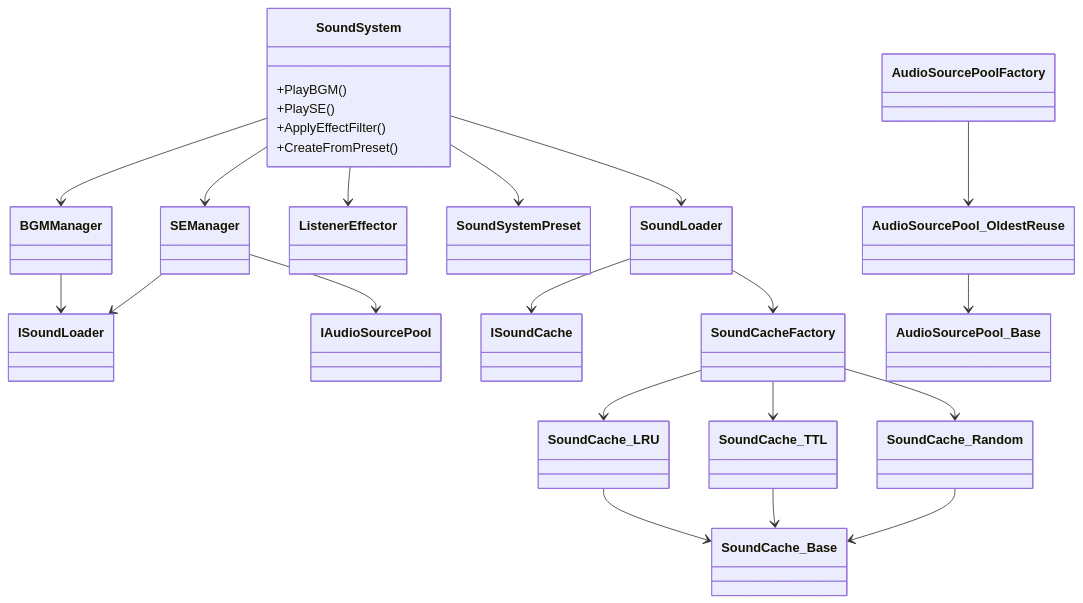
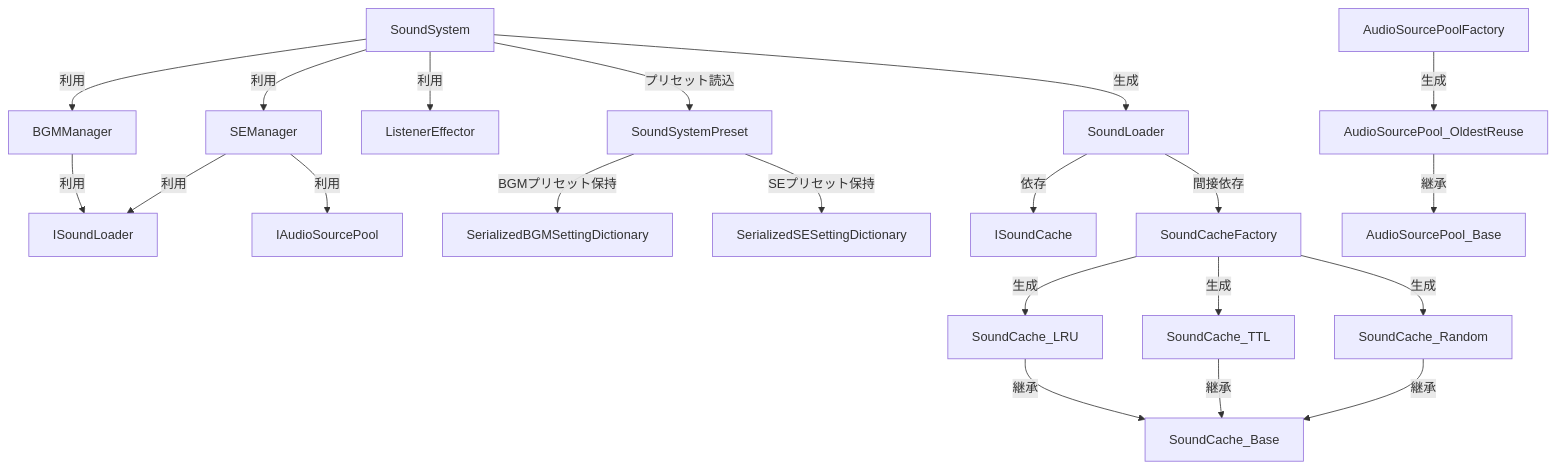
One commit to SunagimoOisii/SoundSystemPlugin_ForUnity_Public changed the diagram in README.md. Above: the diagram before and after it, drawn with Mermaid.

````diff
--- a/README.md
+++ b/README.md
@@ -22,45 +22,55 @@
 ```mermaid
-classDiagram
-    class SoundSystem {
-        +PlayBGM()
-        +PlaySE()
-        +ApplyEffectFilter()
-        +CreateFromPreset()
-    }
+graph
 
-    class BGMManager
-    class SEManager
-    class ListenerEffector
-    class ISoundLoader
-    class SoundLoader
-    class ISoundCache
-    class SoundCache_Base
-    class SoundCache_LRU
-    class SoundCache_TTL
-    class SoundCache_Random
-    class SoundCacheFactory
-    class IAudioSourcePool
-    class AudioSourcePool_Base
-    class AudioSourcePool_OldestReuse
-    class AudioSourcePoolFactory
-    class SoundSystemPreset
+%% 外部公開API
+SoundSystem
+SoundSystemPreset
+SerializedBGMSettingDictionary
+SerializedSESettingDictionary
 
-    SoundSystem --> BGMManager
-    SoundSystem --> SEManager
-    SoundSystem --> ListenerEffector
-    SoundSystem --> SoundSystemPreset
-    SoundSystem --> SoundLoader
-    SoundLoader --> ISoundCache
-    SoundLoader --> SoundCacheFactory
-    BGMManager --> ISoundLoader
-    SEManager --> ISoundLoader
-    SEManager --> IAudioSourcePool
-    SoundCacheFactory --> SoundCache_LRU
-    SoundCacheFactory --> SoundCache_TTL
-    SoundCacheFactory --> SoundCache_Random
-    SoundCache_LRU --> SoundCache_Base
-    SoundCache_TTL --> SoundCache_Base
-    SoundCache_Random --> SoundCache_Base
-    AudioSourcePoolFactory --> AudioSourcePool_OldestReuse
-    AudioSourcePool_OldestReuse --> AudioSourcePool_Base
+%% プレイヤー管理
+BGMManager
+SEManager
+ListenerEffector
+
+%% ローダ・キャッシュ
+ISoundLoader
+SoundLoader
+ISoundCache
+SoundCache_Base
+SoundCache_LRU
+SoundCache_TTL
+SoundCache_Random
+SoundCacheFactory
+
+%% AudioSourcePool関連
+IAudioSourcePool
+AudioSourcePool_Base
+AudioSourcePool_OldestReuse
+AudioSourcePoolFactory
+
+%% 関係定義
+SoundSystem -->|利用| BGMManager
+SoundSystem -->|利用| SEManager
+SoundSystem -->|利用| ListenerEffector
+SoundSystem -->|プリセット読込| SoundSystemPreset
+SoundSystem -->|生成| SoundLoader
+SoundLoader -->|依存| ISoundCache
+SoundLoader -->|間接依存| SoundCacheFactory
+BGMManager -->|利用| ISoundLoader
+SEManager -->|利用| ISoundLoader
+SEManager -->|利用| IAudioSourcePool
+
+SoundCacheFactory -->|生成| SoundCache_LRU
+SoundCacheFactory -->|生成| SoundCache_TTL
+SoundCacheFactory -->|生成| SoundCache_Random
+SoundCache_LRU -->|継承| SoundCache_Base
+SoundCache_TTL -->|継承| SoundCache_Base
+SoundCache_Random -->|継承| SoundCache_Base
+
+AudioSourcePoolFactory -->|生成| AudioSourcePool_OldestReuse
+AudioSourcePool_OldestReuse -->|継承| AudioSourcePool_Base
+
+SoundSystemPreset -->|BGMプリセット保持| SerializedBGMSettingDictionary
+SoundSystemPreset -->|SEプリセット保持| SerializedSESettingDictionary
 ```
````
